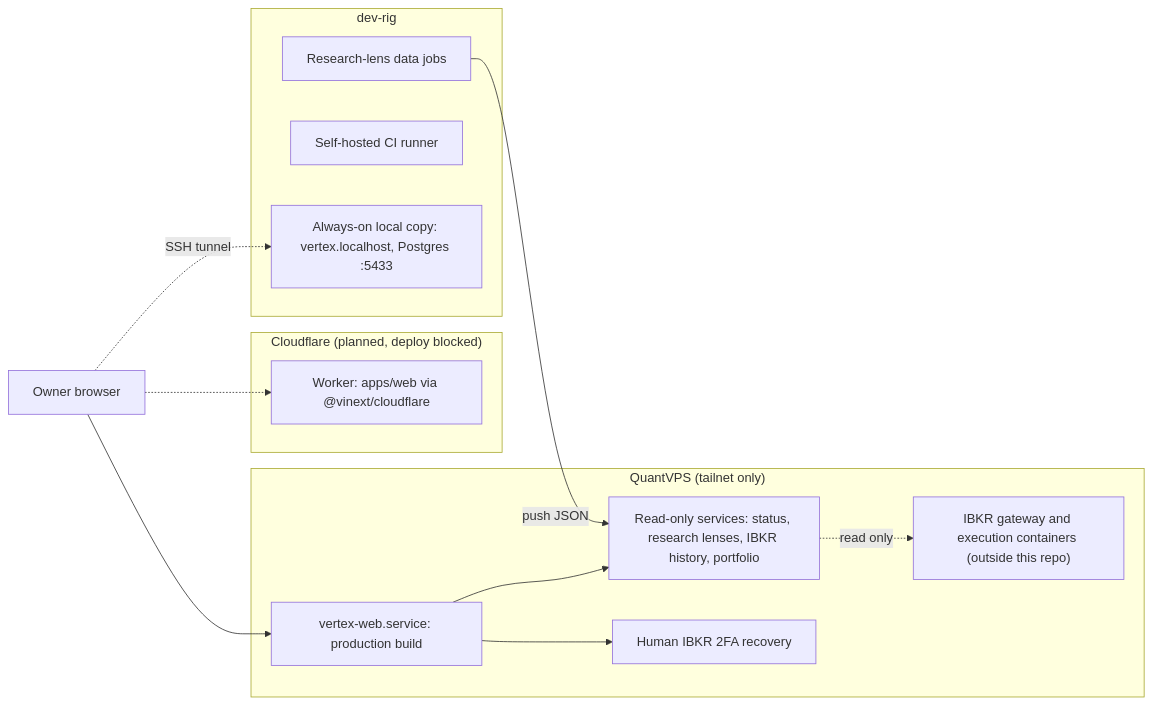
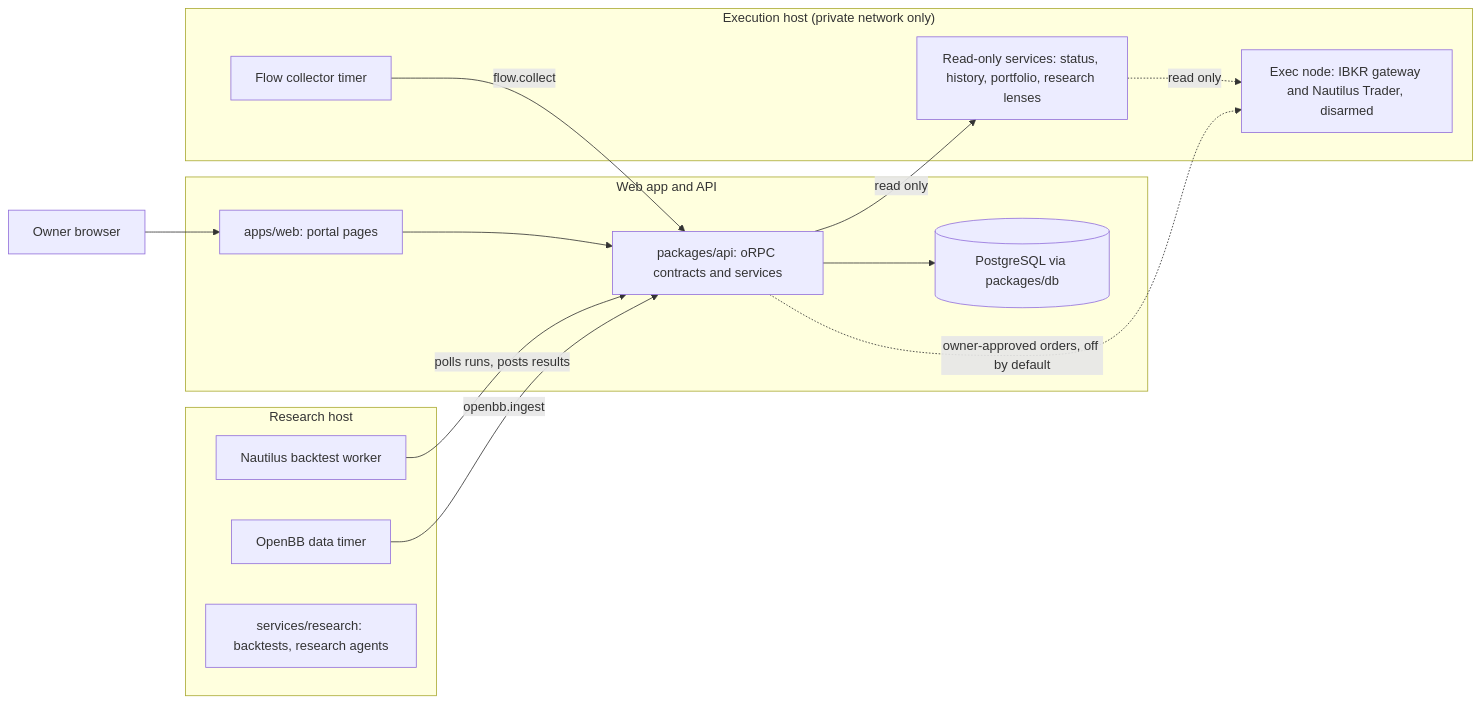
The diagram in README.md (jeffscottward/vertex-research-public), drawn with Mermaid before and after one commit. The commit also changed other lines of this file and 3 other files, not shown here.

````diff
--- a/README.md
+++ b/README.md
@@ -137,25 +9,26 @@
 ```mermaid
 flowchart LR
   owner["Owner browser"]
-  subgraph cf["Cloudflare (planned, deploy blocked)"]
-    worker["Worker: apps/web via @vinext/cloudflare"]
+  subgraph app["Web app and API"]
+    web["apps/web: portal pages"]
+    api["packages/api: oRPC contracts and services"]
+    db[("PostgreSQL via packages/db")]
   end
-  subgraph vps["QuantVPS (tailnet only)"]
-    web["vertex-web.service: production build"]
-    ro["Read-only services: status, research lenses, IBKR history, portfolio"]
-    rec["Human IBKR 2FA recovery"]
-    exec["IBKR gateway and execution containers (outside this repo)"]
+  subgraph rig["Research host"]
+    worker["Nautilus backtest worker"]
+    openbb["OpenBB data timer"]
+    research["services/research: backtests, research agents"]
   end
-  subgraph rig["dev-rig"]
-    jobs["Research-lens data jobs"]
-    ci["Self-hosted CI runner"]
-    local["Always-on local copy: vertex.localhost, Postgres :5433"]
+  subgraph vps["Execution host (private network only)"]
+    ro["Read-only services: status, history, portfolio, research lenses"]
+    flow["Flow collector timer"]
+    exec["Exec node: IBKR gateway and Nautilus Trader, disarmed"]
   end
-  owner --> web
-  owner -.-> worker
-  owner -.->|SSH tunnel| local
-  web --> ro
-  web --> rec
+  owner --> web --> api --> db
+  worker -->|polls runs, posts results| api
+  openbb -->|openbb.ingest| api
+  flow -->|flow.collect| api
+  api -->|read only| ro
   ro -.->|read only| exec
-  jobs -->|push JSON| ro
+  api -.->|owner-approved orders, off by default| exec
 ```
````
